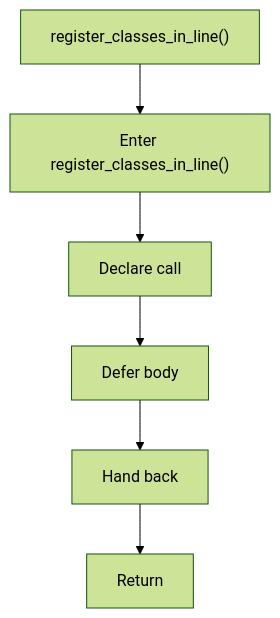
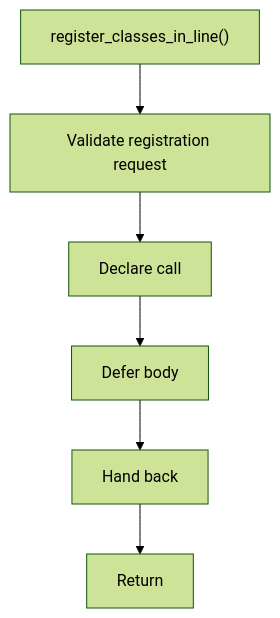
One commit to JohnAndrewBalbarosa/NeoTerritory changed the diagram in docs/Codebase/Microservice/Modules/Header/SyntacticBrokenAST/Trees/Actual/Internal/Flow/functions/register_classes_in_line.hpp.md. Above: the diagram before and after it, drawn with Mermaid (forest theme). The commit also changed other lines of this file and 915 other files, not shown here.

````diff
--- a/docs/Codebase/Microservice/Modules/Header/SyntacticBrokenAST/Trees/Actual/Internal/Flow/functions/register_classes_in_line.hpp.md
+++ b/docs/Codebase/Microservice/Modules/Header/SyntacticBrokenAST/Trees/Actual/Internal/Flow/functions/register_classes_in_line.hpp.md
@@ -16,14 +16,14 @@
 ```mermaid
 flowchart TD
     Start["register_classes_in_line()"]
-    N0["Enter register_classes_in_line()"]
+    N0["Validate registration request"]
     N1["Declare call"]
     N2["Defer body"]
     N3["Hand back"]
     End["Return"]
     Start --> N0
     N0 --> N1
     N1 --> N2
     N2 --> N3
     N3 --> End
 ```
````
